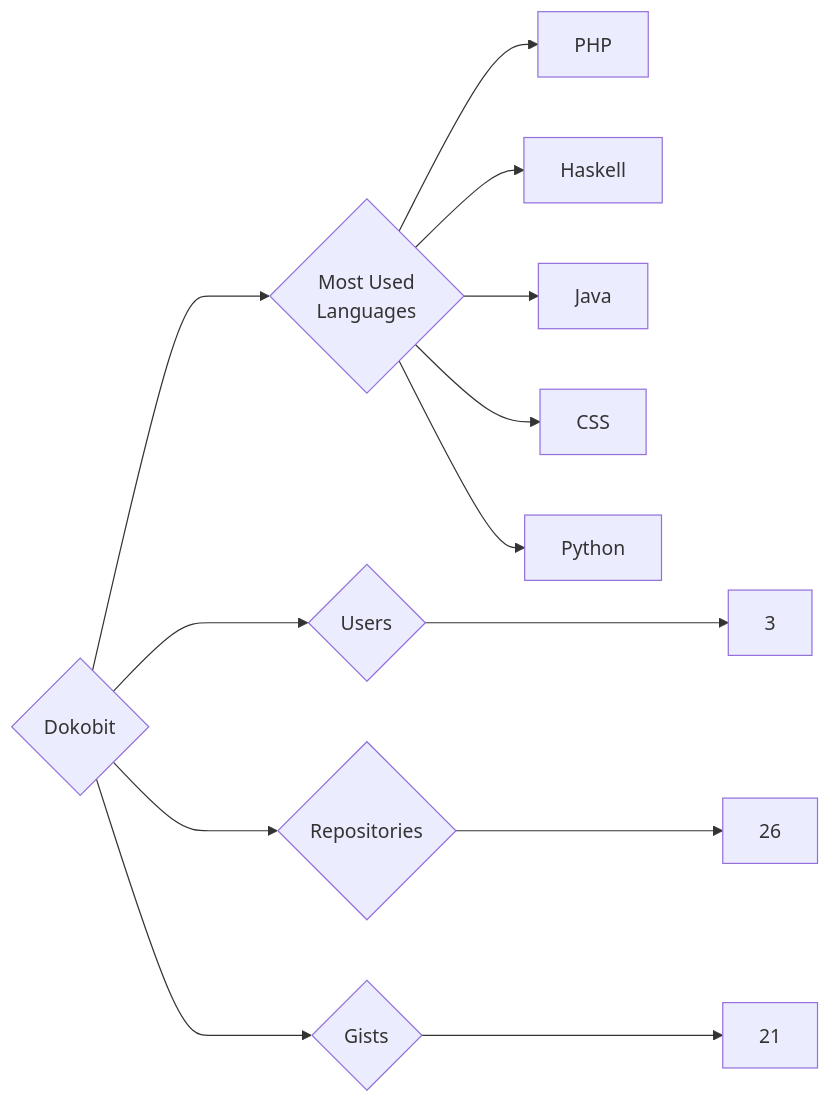
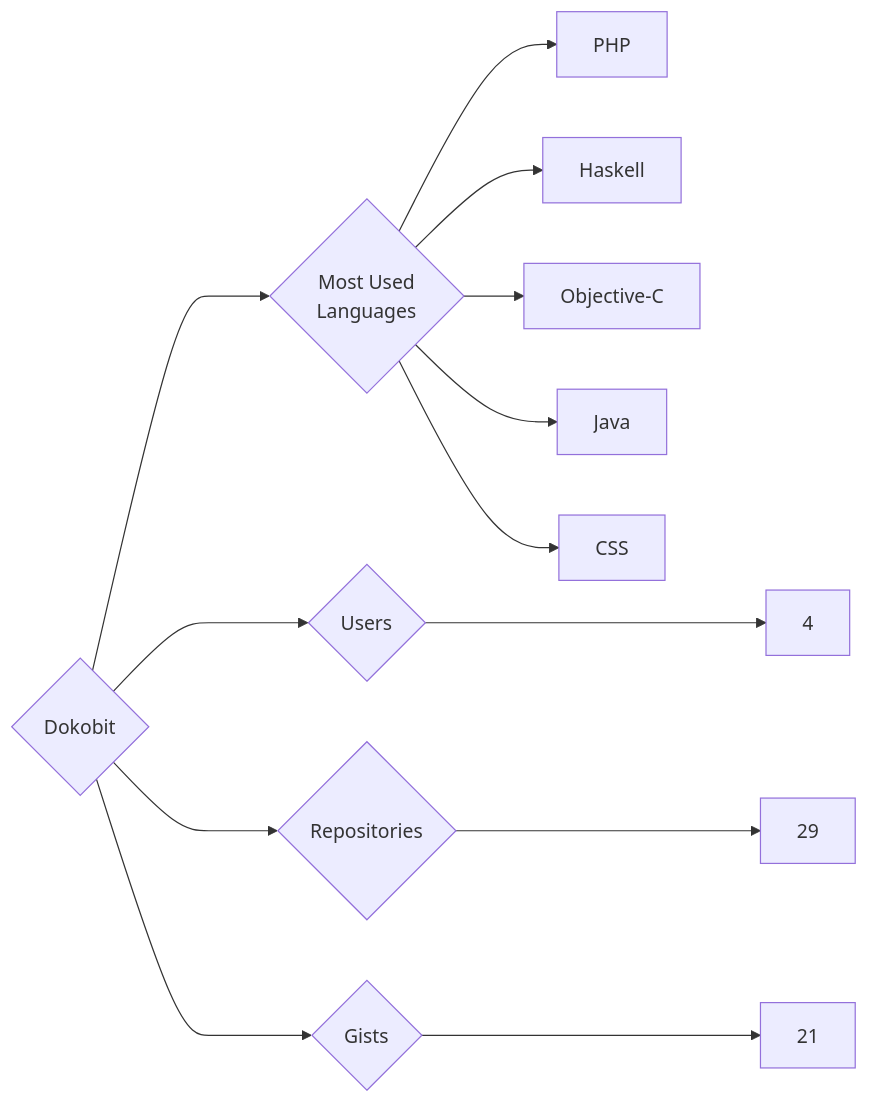
Before and after one commit to trickest/insiders: the diagram in targets/Dokobit/README.md, drawn with Mermaid. The commit also changed 553 other files, not shown here.

````diff
--- a/targets/Dokobit/README.md
+++ b/targets/Dokobit/README.md
@@ -3,13 +3,13 @@
 ```mermaid
 graph LR
 COMPANY_NAME{Dokobit}
-COMPANY_NAME ---> U{Users} ---> UN[3]
-COMPANY_NAME ---> R{Repositories} ---> RN[26]
+COMPANY_NAME ---> U{Users} ---> UN[4]
+COMPANY_NAME ---> R{Repositories} ---> RN[29]
 COMPANY_NAME ---> G{Gists} ---> GN[21]
 COMPANY_NAME ---> ML{Most Used<br>Languages}
 ML --> PHP[PHP]
 ML --> Haskell[Haskell]
+ML --> Objective-C[Objective-C]
 ML --> Java[Java]
 ML --> CSS[CSS]
-ML --> Python[Python]
 ```
````
